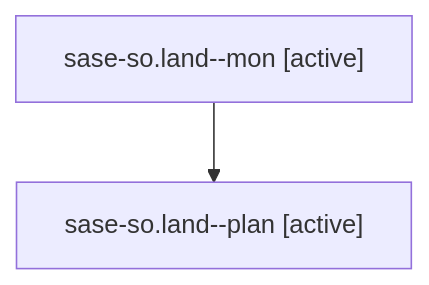
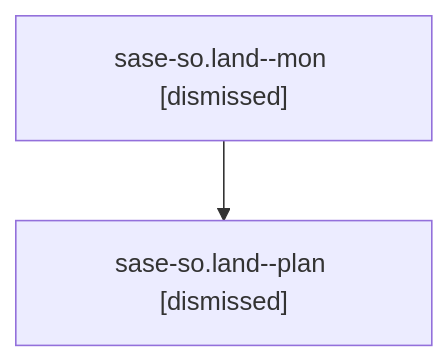
Before and after one commit to sase-org/sase--agents: the diagram in sessions/bbugyi200.athena.sase-so.land.md, drawn with Mermaid. The commit also changed other lines of this file and 69 other files, not shown here.

````diff
--- a/sessions/bbugyi200.athena.sase-so.land.md
+++ b/sessions/bbugyi200.athena.sase-so.land.md
@@ -9,6 +9,6 @@
 ```mermaid
 flowchart TD
-  n0["sase-so.land--mon [active]"]
-  n1["sase-so.land--plan [active]"]
+  n0["sase-so.land--mon [dismissed]"]
+  n1["sase-so.land--plan [dismissed]"]
   n0 --> n1
 ```
````
